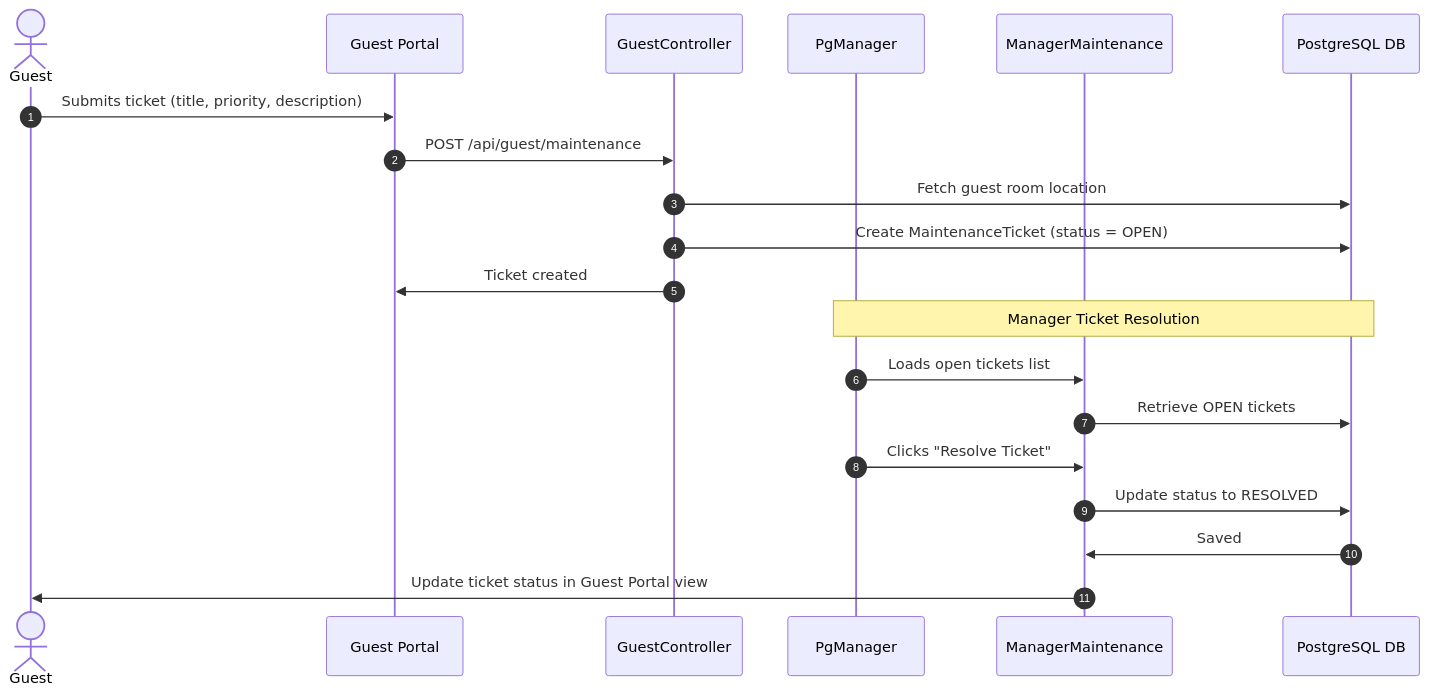
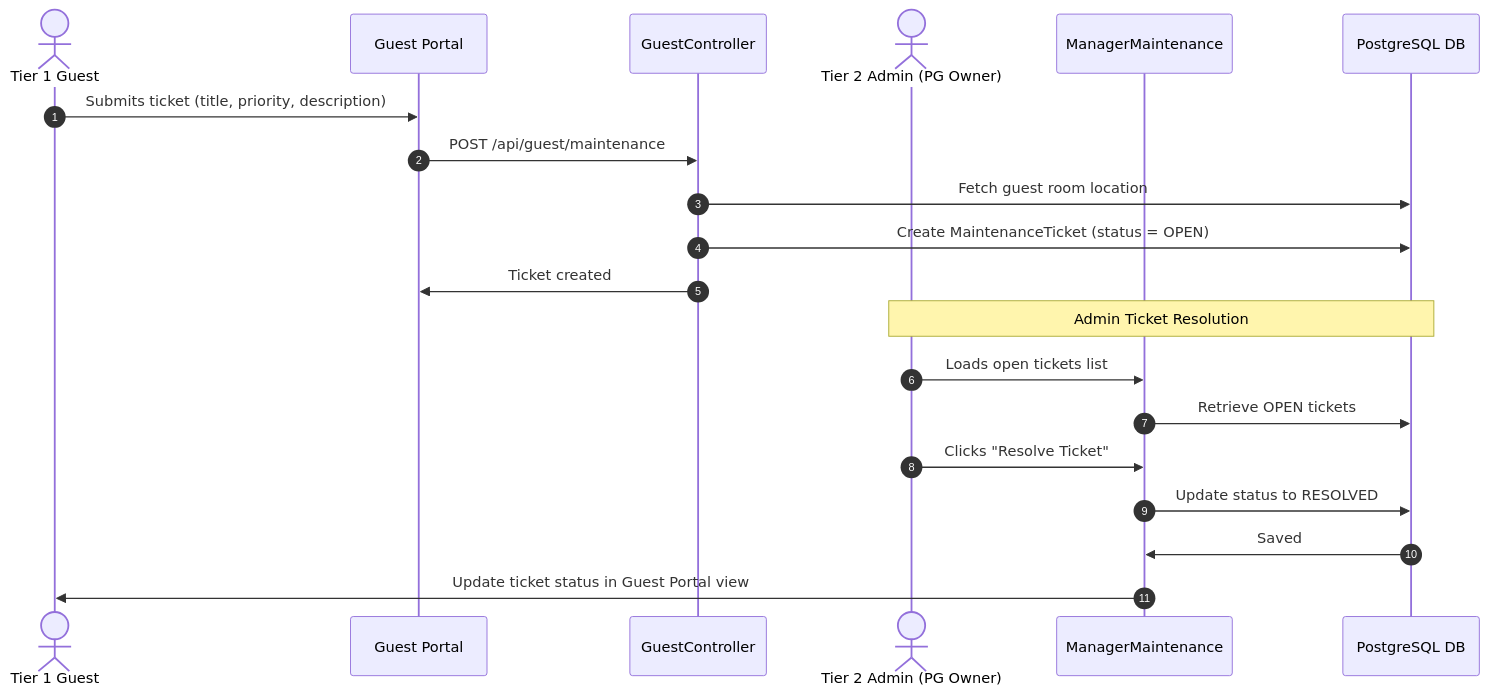
Before and after one commit to rahul-0906/PG-Project: the seventh of 21 diagrams in docs/WORKFLOWS.md, drawn with Mermaid. The commit also changed other lines of this file and 7 other files, not shown here.

Commit message:
Comprehensive documentation overhaul: update 4-tier roles, workflows, calculations, architecture, and onboarding SOP

````diff
--- a/docs/WORKFLOWS.md
+++ b/docs/WORKFLOWS.md
@@ -206,24 +217,24 @@
 ```mermaid
 sequenceDiagram
     autonumber
-    actor Guest
+    actor Guest as Tier 1 Guest
     participant Portal as Guest Portal
     participant Controller as GuestController
-    participant Manager as PgManager
+    actor Admin as Tier 2 Admin (PG Owner)
     participant MgrApp as ManagerMaintenance
     participant DB as PostgreSQL DB
 
     Guest->>Portal: Submits ticket (title, priority, description)
     Portal->>Controller: POST /api/guest/maintenance
     Controller->>DB: Fetch guest room location
     Controller->>DB: Create MaintenanceTicket (status = OPEN)
     Controller->>Portal: Ticket created
     
-    Note over Manager, DB: Manager Ticket Resolution
-    Manager->>MgrApp: Loads open tickets list
+    Note over Admin, DB: Admin Ticket Resolution
+    Admin->>MgrApp: Loads open tickets list
     MgrApp->>DB: Retrieve OPEN tickets
-    Manager->>MgrApp: Clicks "Resolve Ticket"
+    Admin->>MgrApp: Clicks "Resolve Ticket"
     MgrApp->>DB: Update status to RESOLVED
     DB->>MgrApp: Saved
     MgrApp->>Guest: Update ticket status in Guest Portal view
 ```
````
